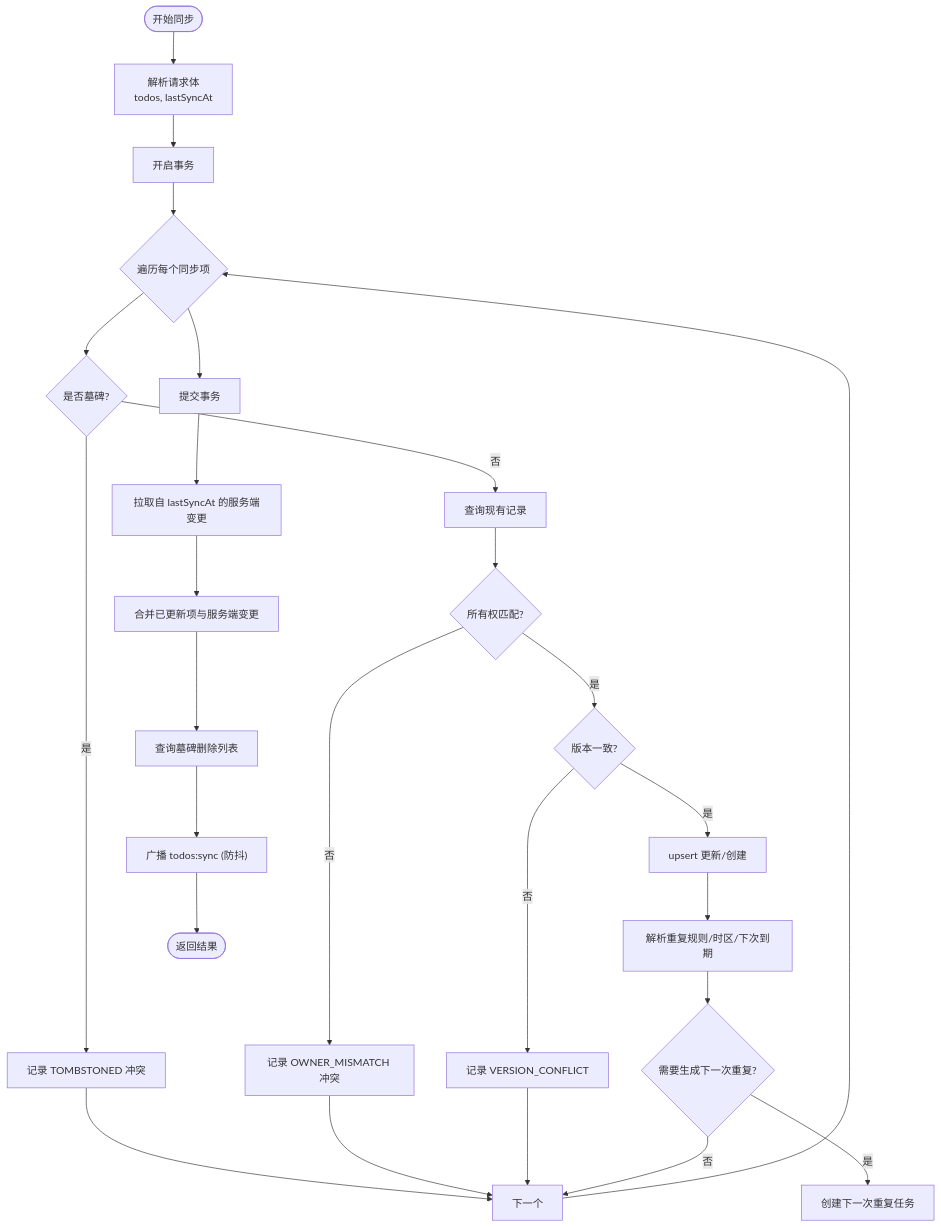
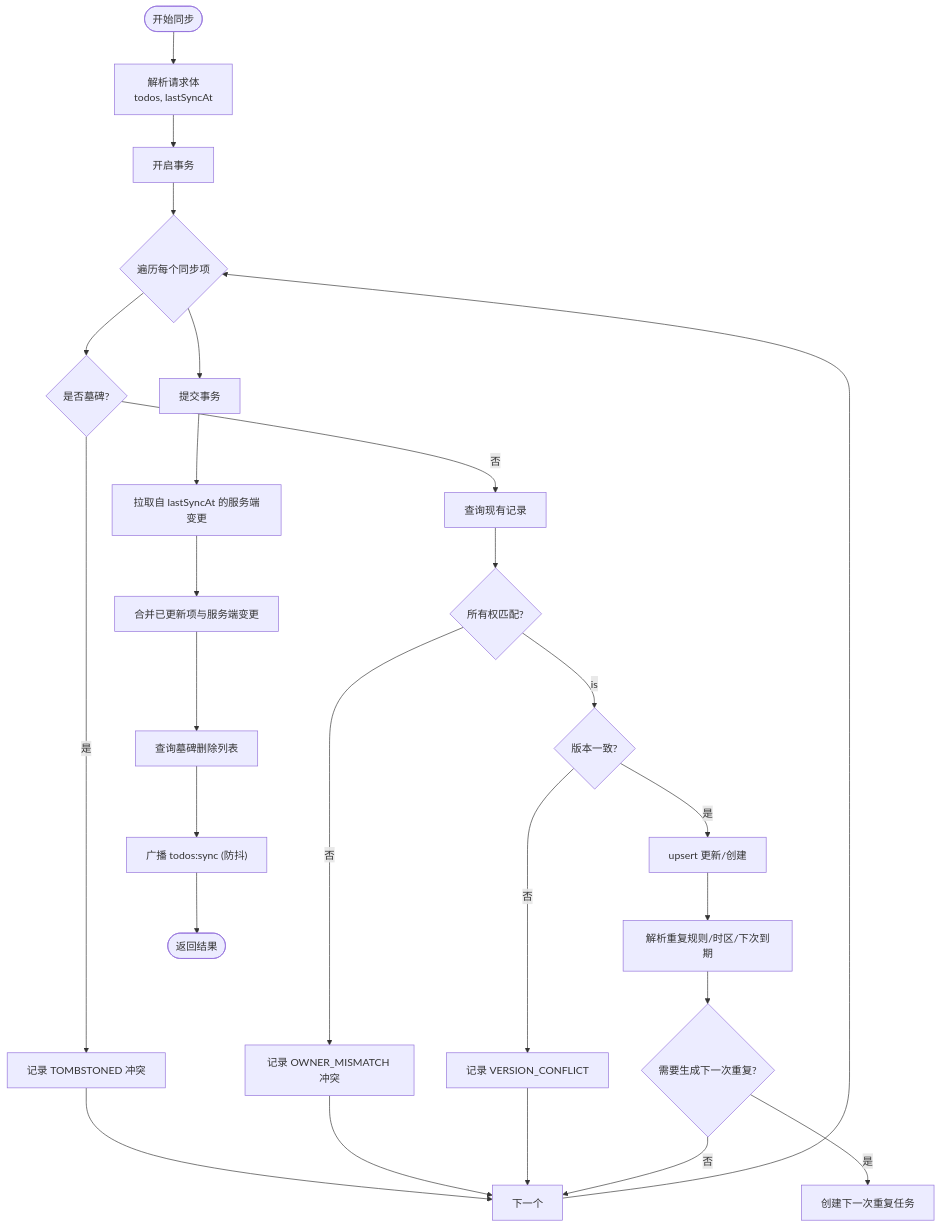
One commit to xixixiaoyu/Todo changed the fourth of 9 diagrams in .qoder/repowiki/zh/content/后端开发/待办事项模块/待办事项模块.md. Above: the diagram before and after it, drawn with Mermaid. The commit also changed other lines of this file and 8 other files, not shown here.

````diff
--- a/.qoder/repowiki/zh/content/后端开发/待办事项模块/待办事项模块.md
+++ b/.qoder/repowiki/zh/content/后端开发/待办事项模块/待办事项模块.md
@@ -203,25 +235,25 @@
 ```mermaid
 flowchart TD
 Start(["开始同步"]) --> Parse["解析请求体<br/>todos, lastSyncAt"]
 Parse --> TxBegin["开启事务"]
 TxBegin --> ForEach{"遍历每个同步项"}
 ForEach --> Tombstone{"是否墓碑?"}
 Tombstone --> |是| Conflict1["记录 TOMBSTONED 冲突"] --> Next1["下一个"]
 Tombstone --> |否| Exists["查询现有记录"]
 Exists --> Owner{"所有权匹配?"}
 Owner --> |否| Conflict2["记录 OWNER_MISMATCH 冲突"] --> Next1
-Owner --> |是| Version{"版本一致?"}
+Owner --> |is| Version{"版本一致?"}
 Version --> |否| Conflict3["记录 VERSION_CONFLICT"] --> Next1
 Version --> |是| Upsert["upsert 更新/创建"]
 Upsert --> Recur["解析重复规则/时区/下次到期"]
 Recur --> Spawn{"需要生成下一次重复?"}
 Spawn --> |是| CreateNext["创建下一次重复任务"]
 Spawn --> |否| Next1
 Next1 --> ForEach
 ForEach --> TxCommit["提交事务"]
 TxCommit --> Pull["拉取自 lastSyncAt 的服务端变更"]
 Pull --> Merge["合并已更新项与服务端变更"]
 Merge --> Tombstones["查询墓碑删除列表"]
 Tombstones --> Notify["广播 todos:sync (防抖)"]
 Notify --> Done(["返回结果"])
 ```
````
